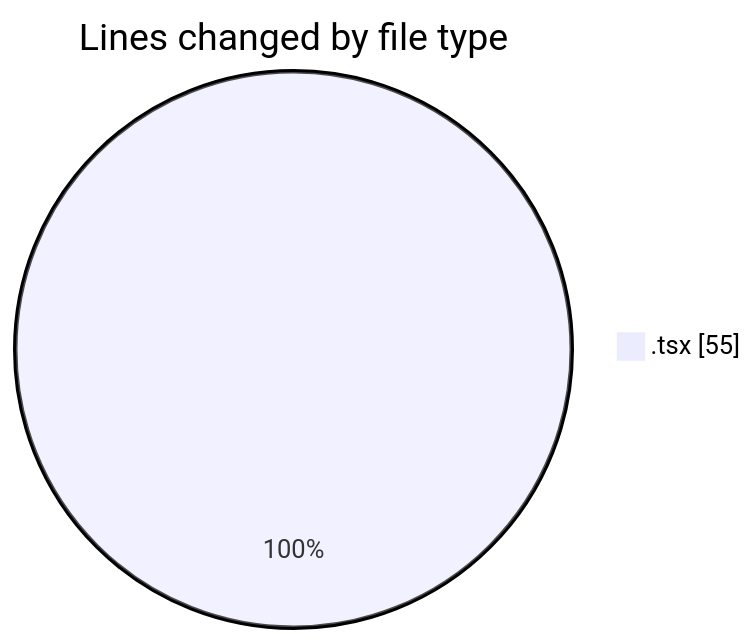
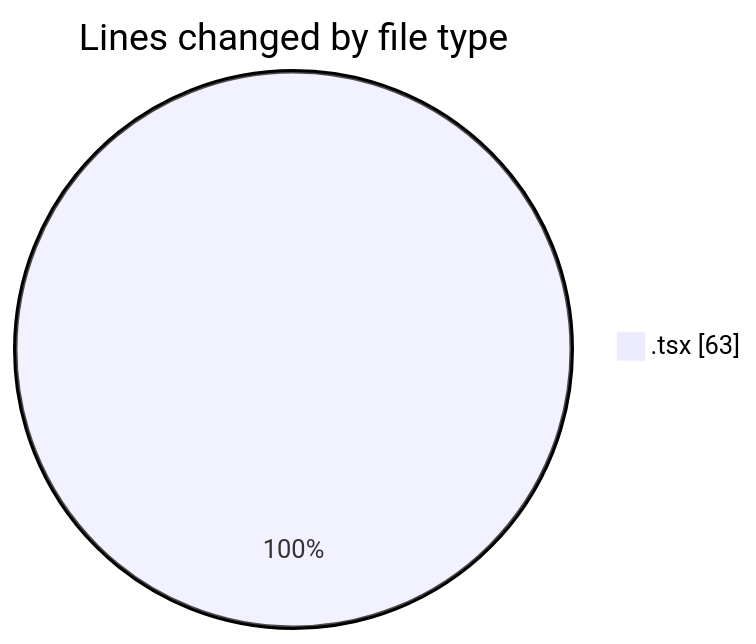
The first of 2 diagrams in 2025-10-17/eventscop-frontend-guide__workspace_/README.md (julien-gomy/code-tracking), drawn with Mermaid before and after one commit. The commit also changed other lines of this file and 1 other file, not shown here.

````diff
--- a/2025-10-17/eventscop-frontend-guide__workspace_/README.md
+++ b/2025-10-17/eventscop-frontend-guide__workspace_/README.md
@@ -20,5 +20,5 @@
 ```mermaid
 pie showData
 title Lines changed by file type
-".tsx" : 55
+".tsx" : 63
 ```
````
